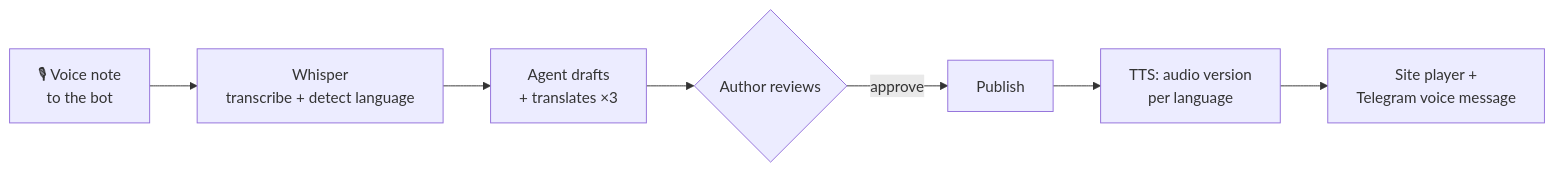
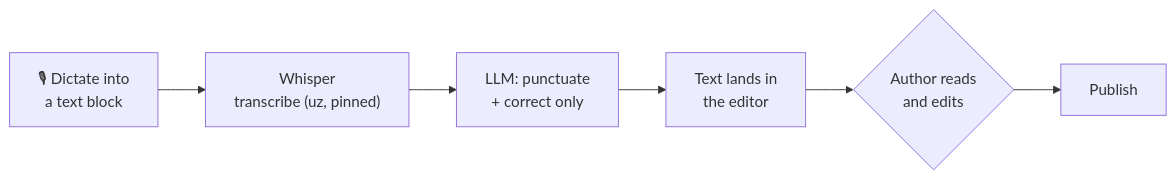
One commit to miuceo/miuceo.github.io changed the fourth of 4 diagrams in ARCHITECTURE.md. Above: the diagram before and after it, drawn with Mermaid. The commit also changed other lines of this file and 3 other files, not shown here.

````diff
--- a/ARCHITECTURE.md
+++ b/ARCHITECTURE.md
@@ -171,9 +178,8 @@
 ```mermaid
 flowchart LR
-    V["🎙 Voice note<br/>to the bot"] --> W["Whisper<br/>transcribe + detect language"]
-    W --> A["Agent drafts<br/>+ translates ×3"]
-    A --> R{"Author reviews"}
-    R -->|approve| P["Publish"]
-    P --> T["TTS: audio version<br/>per language"]
-    T --> S["Site player +<br/>Telegram voice message"]
+    V["🎙 Dictate into<br/>a text block"] --> W["Whisper<br/>transcribe (uz, pinned)"]
+    W --> P["LLM: punctuate<br/>+ correct only"]
+    P --> E["Text lands in<br/>the editor"]
+    E --> R{"Author reads<br/>and edits"}
+    R --> Pub["Publish"]
 ```
````
